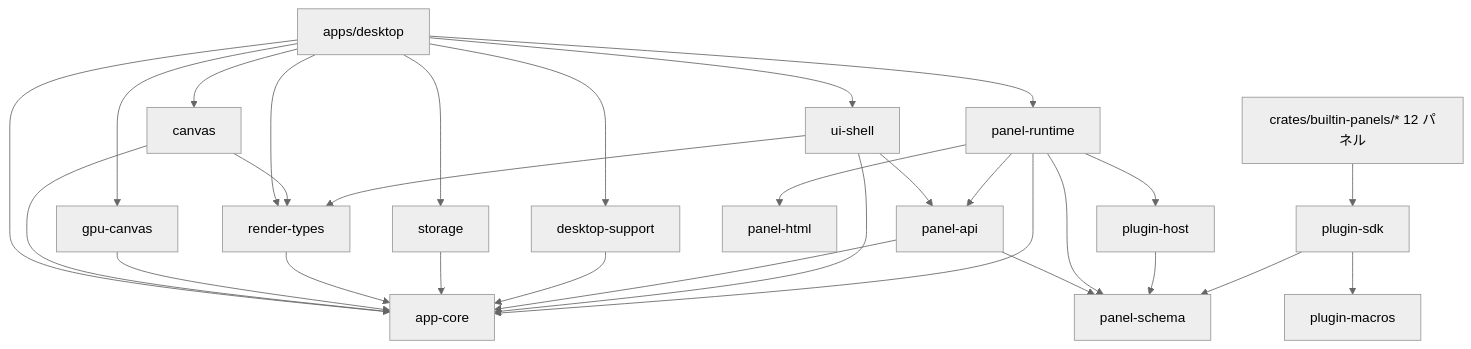
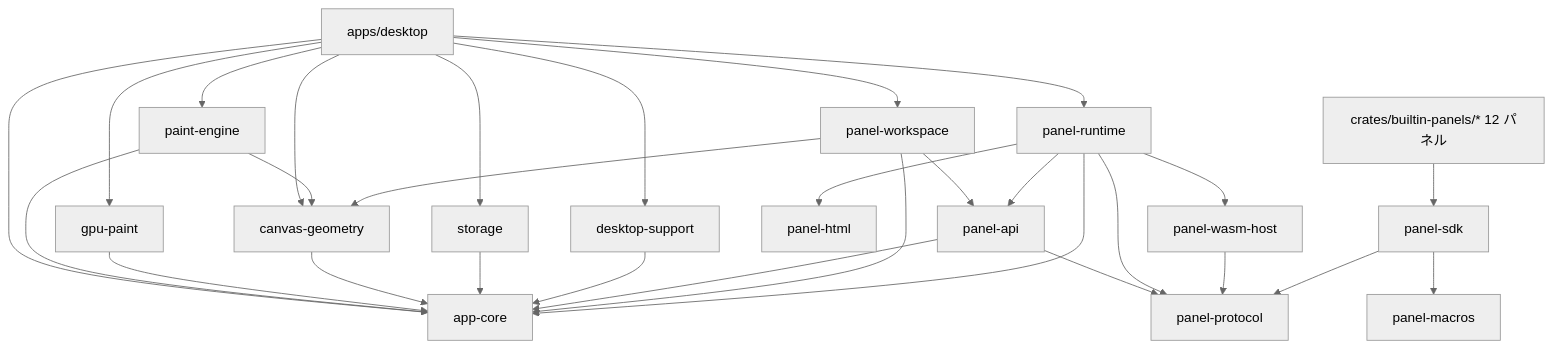
One commit to gitdmnt/altpaint changed the first of 2 diagrams in docs/MODULE_DEPENDENCIES.md. Above: the diagram before and after it, drawn with Mermaid (neutral theme). The commit also changed other lines of this file and 3 other files, not shown here.

````diff
--- a/docs/MODULE_DEPENDENCIES.md
+++ b/docs/MODULE_DEPENDENCIES.md
@@ -77,36 +76,36 @@
 ```mermaid
 graph TD
     desktop[apps/desktop] --> appcore[app-core]
-    desktop --> canvas[canvas]
-    desktop --> gpucanvas[gpu-canvas]
-    desktop --> rendertypes[render-types]
+    desktop --> paintengine[paint-engine]
+    desktop --> gpupaint[gpu-paint]
+    desktop --> canvasgeo[canvas-geometry]
     desktop --> panelruntime[panel-runtime]
-    desktop --> uishell[ui-shell]
+    desktop --> panelws[panel-workspace]
     desktop --> storage[storage]
     desktop --> dsupport[desktop-support]
 
-    canvas --> appcore
-    canvas --> rendertypes
-    gpucanvas --> appcore
-    rendertypes --> appcore
+    paintengine --> appcore
+    paintengine --> canvasgeo
+    gpupaint --> appcore
+    canvasgeo --> appcore
     storage --> appcore
     dsupport --> appcore
     panelapi[panel-api] --> appcore
-    panelapi --> pschema[panel-schema]
+    panelapi --> protocol[panel-protocol]
 
-    uishell --> appcore
-    uishell --> panelapi
-    uishell --> rendertypes
+    panelws --> appcore
+    panelws --> panelapi
+    panelws --> canvasgeo
 
     panelruntime --> appcore
     panelruntime --> panelapi
-    panelruntime --> pschema[panel-schema]
-    panelruntime --> phost[plugin-host]
+    panelruntime --> protocol[panel-protocol]
+    panelruntime --> wasmhost[panel-wasm-host]
     panelruntime --> phtml[panel-html]
 
-    phost --> pschema
-    pluginsdk[plugin-sdk] --> pmacros[plugin-macros]
-    pluginsdk --> pschema
+    wasmhost --> protocol
+    panelsdk[panel-sdk] --> pmacros[panel-macros]
+    panelsdk --> protocol
 
-    panels[crates/builtin-panels/* 12 パネル] --> pluginsdk
+    panels[crates/builtin-panels/* 12 パネル] --> panelsdk
 ```
````
